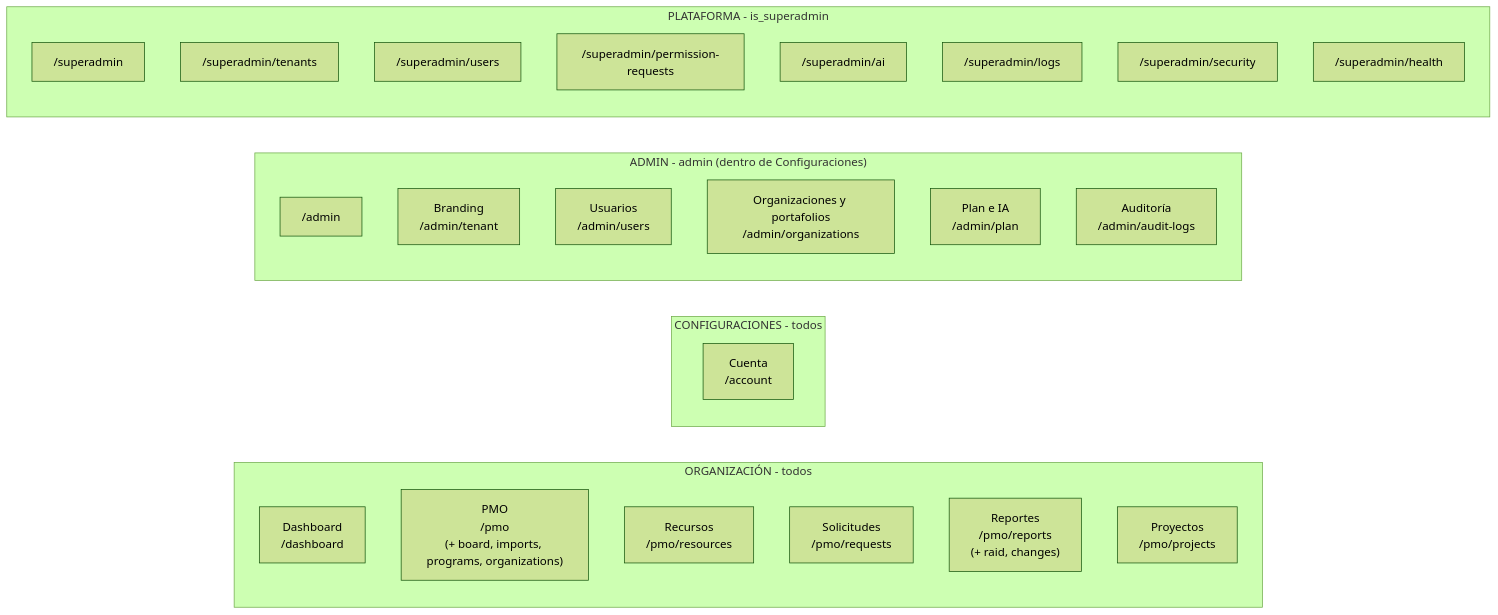
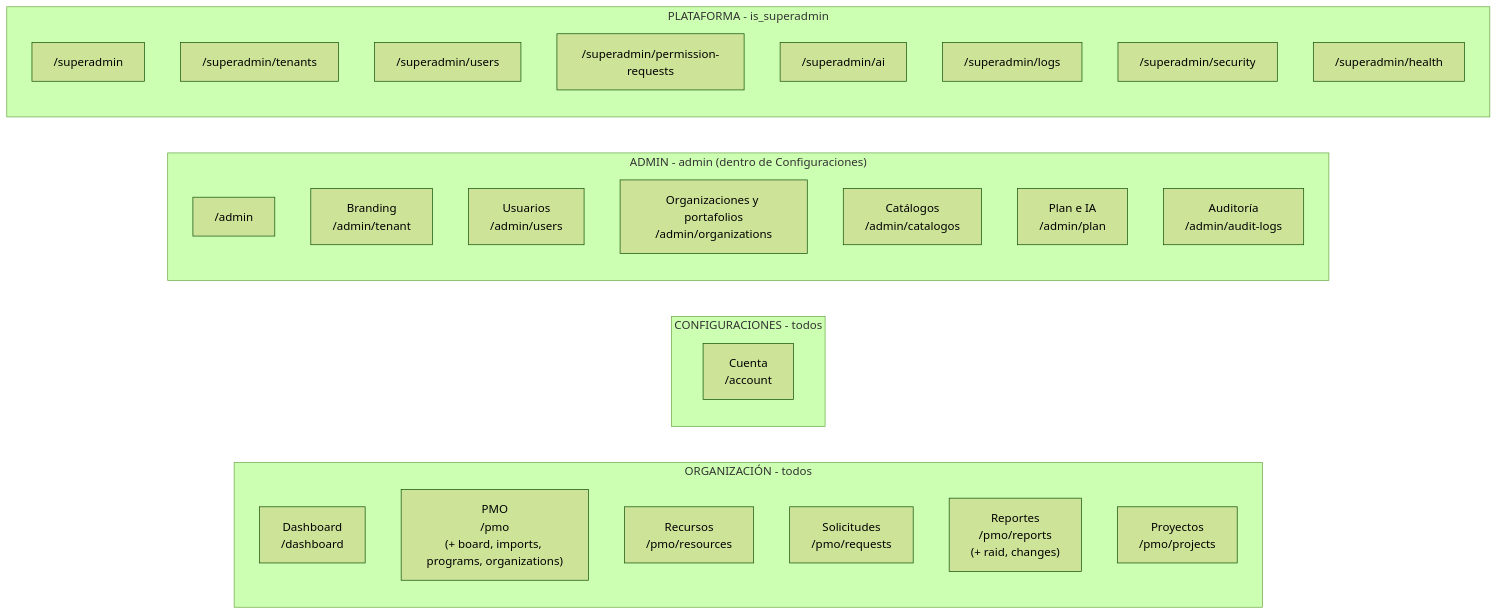
The second of 8 diagrams in docs/architecture/navigation.md (xguilxr/pmo_aas), drawn with Mermaid (forest theme) before and after one commit. The commit also changed other lines of this file and 5 other files, not shown here.

````diff
--- a/docs/architecture/navigation.md
+++ b/docs/architecture/navigation.md
@@ -185,35 +186,36 @@
 ```mermaid
 flowchart LR
     subgraph ORG ["ORGANIZACIÓN - todos"]
         N1["Dashboard<br/>/dashboard"]
         N2["PMO<br/>/pmo<br/>(+ board, imports, programs, organizations)"]
         N5["Recursos<br/>/pmo/resources"]
         N4["Solicitudes<br/>/pmo/requests"]
         N6["Reportes<br/>/pmo/reports<br/>(+ raid, changes)"]
         N3["Proyectos<br/>/pmo/projects"]
     end
 
     subgraph CFG_NAV ["CONFIGURACIONES - todos"]
         C1["Cuenta<br/>/account"]
     end
 
     subgraph ADMIN_NAV ["ADMIN - admin (dentro de Configuraciones)"]
         A0["/admin"]
         A1["Branding<br/>/admin/tenant"]
         A4["Usuarios<br/>/admin/users"]
         A3["Organizaciones y portafolios<br/>/admin/organizations"]
+        A3b["Catálogos<br/>/admin/catalogos"]
         A5b["Plan e IA<br/>/admin/plan"]
         A6["Auditoría<br/>/admin/audit-logs"]
     end
 
     subgraph SUPER_NAV ["PLATAFORMA - is_superadmin"]
         S1["/superadmin"]
         S2["/superadmin/tenants"]
         S3["/superadmin/users"]
         S4["/superadmin/permission-requests"]
         S5["/superadmin/ai"]
         S6["/superadmin/logs"]
         S7["/superadmin/security"]
         S8["/superadmin/health"]
     end
 ```
````
